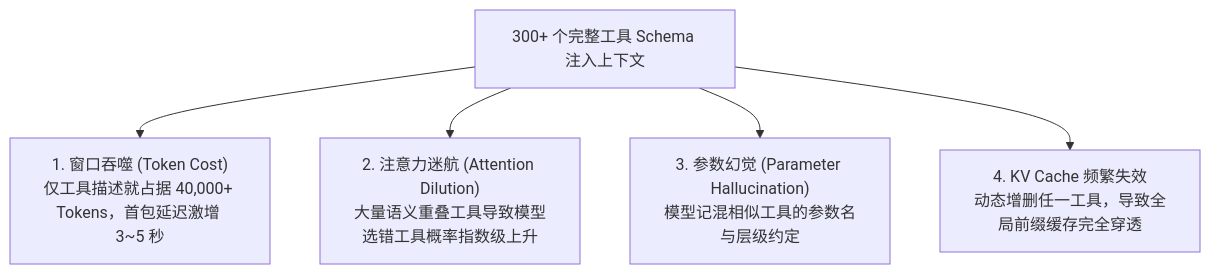
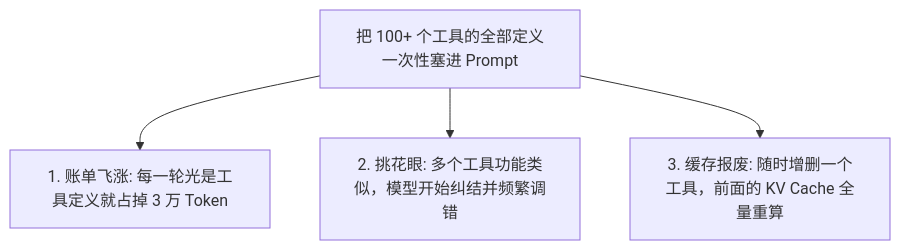
Before and after one commit to ljh12138164/ai-agent-study: the first of 3 diagrams in app/ch04-tools/03-dynamic-discovery-and-mcp-zero/page.mdx, drawn with Mermaid. The commit also changed other lines of this file and 43 other files, not shown here.

````diff
--- a/app/ch04-tools/03-dynamic-discovery-and-mcp-zero/page.mdx
+++ b/app/ch04-tools/03-dynamic-discovery-and-mcp-zero/page.mdx
@@ -15,7 +13,6 @@
 ```mermaid
-graph TD
-    Overload["300+ 个完整工具 Schema 注入上下文"] --> D1["1. 窗口吞噬 (Token Cost)<br/>仅工具描述就占据 40,000+ Tokens，首包延迟激增 3~5 秒"]
-    Overload --> D2["2. 注意力迷航 (Attention Dilution)<br/>大量语义重叠工具导致模型选错工具概率指数级上升"]
-    Overload --> D3["3. 参数幻觉 (Parameter Hallucination)<br/>模型记混相似工具的参数名与层级约定"]
-    Overload --> D4["4. KV Cache 频繁失效<br/>动态增删任一工具，导致全局前缀缓存完全穿透"]
+flowchart TD
+    Overload["把 100+ 个工具的全部定义一次性塞进 Prompt"] --> P1["1. 账单飞涨: 每一轮光是工具定义就占掉 3 万 Token"]
+    Overload --> P2["2. 挑花眼: 多个工具功能类似，模型开始纠结并频繁调错"]
+    Overload --> P3["3. 缓存报废: 随时增删一个工具，前面的 KV Cache 全量重算"]
 ```
````
